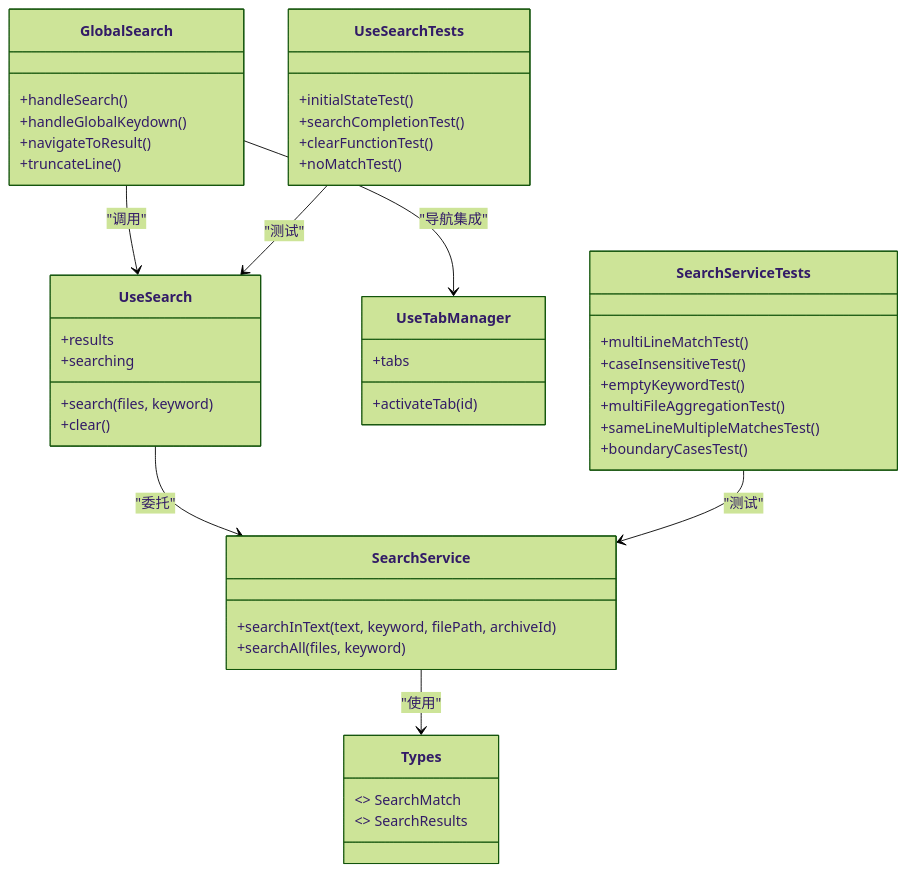
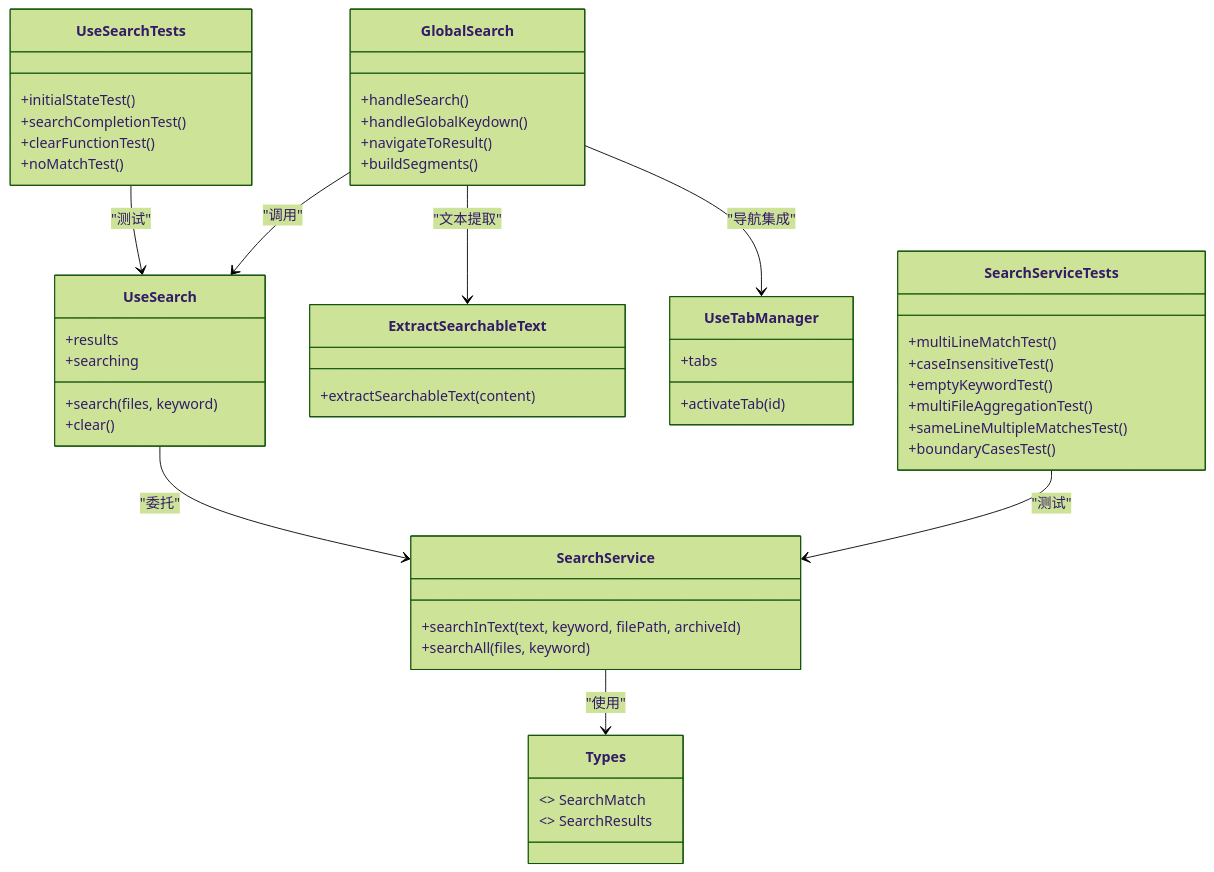
The third of 4 diagrams in .qoder/repowiki/zh/content/架构设计/数据流模式/组合式函数数据逻辑/全局搜索组合函数.md (taoweidong/Hello-Tauri), drawn with Mermaid (forest theme) before and after one commit. The commit also changed other lines of this file and 8 other files, not shown here.

````diff
--- a/.qoder/repowiki/zh/content/架构设计/数据流模式/组合式函数数据逻辑/全局搜索组合函数.md
+++ b/.qoder/repowiki/zh/content/架构设计/数据流模式/组合式函数数据逻辑/全局搜索组合函数.md
@@ -260,47 +280,51 @@
 ```mermaid
 classDiagram
 class GlobalSearch {
 +handleSearch()
 +handleGlobalKeydown()
 +navigateToResult()
-+truncateLine()
++buildSegments()
 }
 class UseSearch {
 +results
 +searching
 +search(files, keyword)
 +clear()
 }
 class SearchService {
 +searchInText(text, keyword, filePath, archiveId)
 +searchAll(files, keyword)
+}
+class ExtractSearchableText {
++extractSearchableText(content)
 }
 class UseTabManager {
 +tabs
 +activateTab(id)
 }
 class Types {
 <<interface>> SearchMatch
 <<interface>> SearchResults
 }
 class UseSearchTests {
 +initialStateTest()
 +searchCompletionTest()
 +clearFunctionTest()
 +noMatchTest()
 }
 class SearchServiceTests {
 +multiLineMatchTest()
 +caseInsensitiveTest()
 +emptyKeywordTest()
 +multiFileAggregationTest()
 +sameLineMultipleMatchesTest()
 +boundaryCasesTest()
 }
 GlobalSearch --> UseSearch : "调用"
+GlobalSearch --> ExtractSearchableText : "文本提取"
 GlobalSearch --> UseTabManager : "导航集成"
 UseSearch --> SearchService : "委托"
 SearchService --> Types : "使用"
 UseSearchTests --> UseSearch : "测试"
 SearchServiceTests --> SearchService : "测试"
 ```
````
